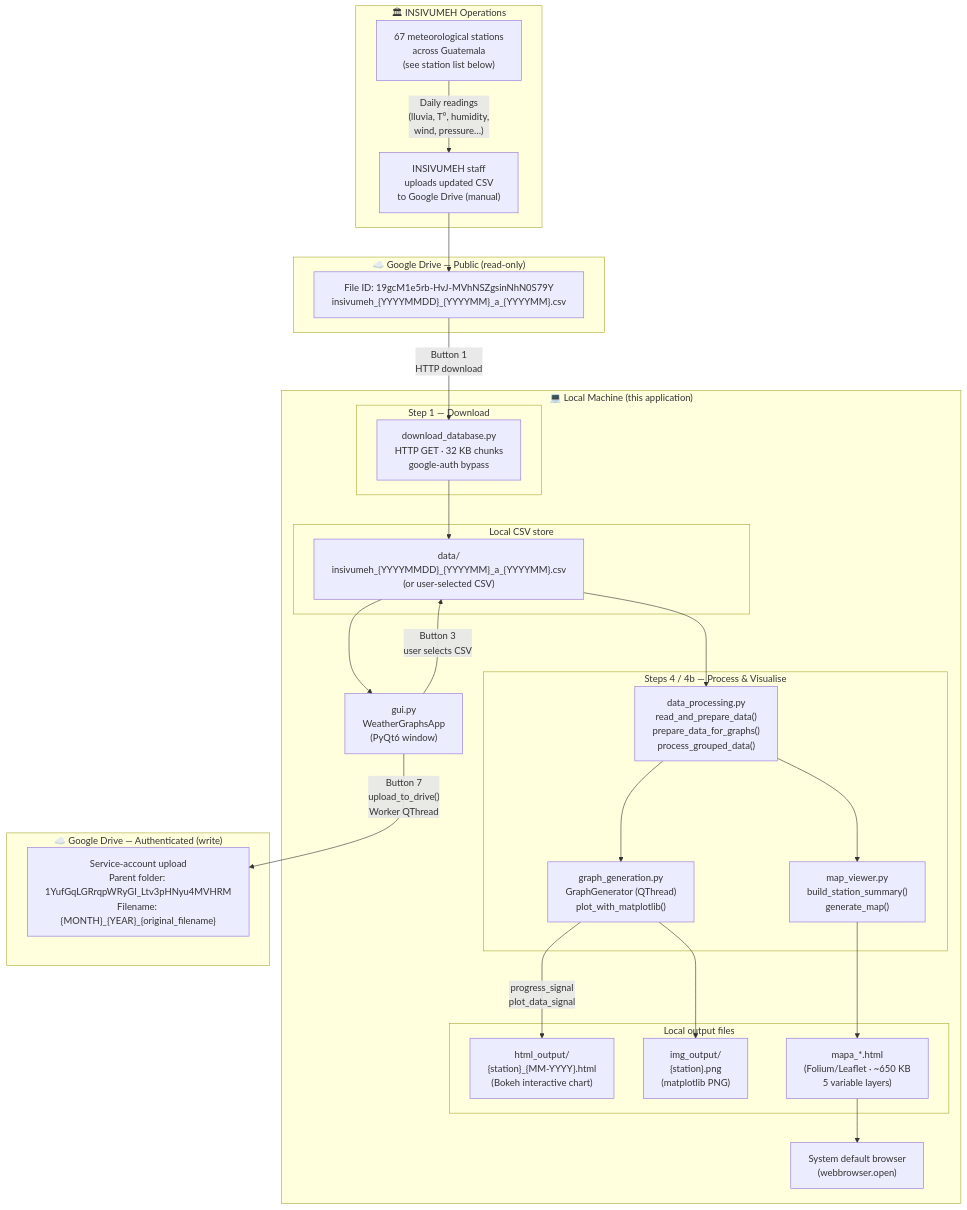
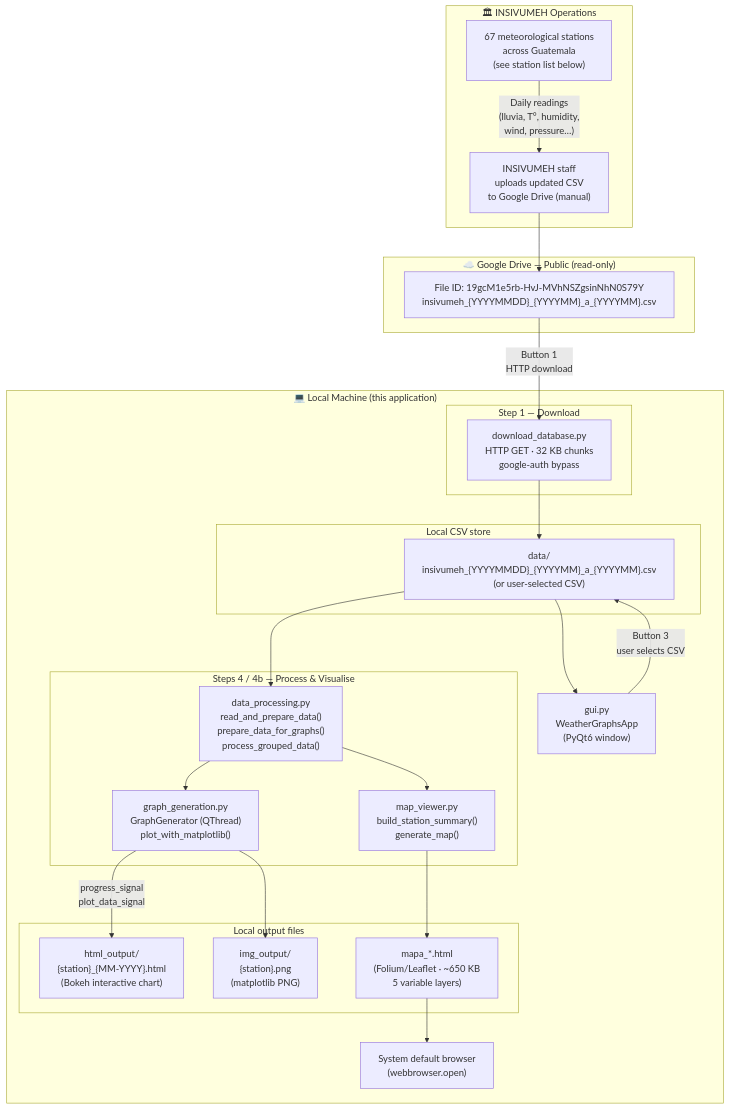
Before and after one commit to EdwinKestler/graph_generator_monthly: the diagram in readme.md, drawn with Mermaid. The commit also changed other lines of this file, not shown here.

First line of the commit message:
docs: remove upload feature from readme; archive upload_database.py references

````diff
--- a/readme.md
+++ b/readme.md
@@ -724,56 +691,51 @@
 ```mermaid
 flowchart TD
     subgraph CLOUD_IN["☁️  Google Drive — Public (read-only)"]
         GD_PUB["File ID: 19gcM1e5rb-HvJ-MVhNSZgsinNhN0S79Y\ninsivumeh_{YYYYMMDD}_{YYYYMM}_a_{YYYYMM}.csv"]
     end
 
     subgraph INSIVUMEH_OPS["🏛  INSIVUMEH Operations"]
         STATIONS["67 meteorological stations\nacross Guatemala\n(see station list below)"]
         INSIVUMEH_UPLOAD["INSIVUMEH staff\nuploads updated CSV\nto Google Drive (manual)"]
         STATIONS -->|"Daily readings\n(lluvia, T°, humidity,\nwind, pressure…)"| INSIVUMEH_UPLOAD
         INSIVUMEH_UPLOAD --> GD_PUB
     end
 
     subgraph LOCAL["💻  Local Machine (this application)"]
         GUI["gui.py\nWeatherGraphsApp\n(PyQt6 window)"]
 
         subgraph DOWNLOAD["Step 1 — Download"]
             DL["download_database.py\nHTTP GET · 32 KB chunks\ngoogle-auth bypass"]
         end
 
         subgraph CSV_LOCAL["Local CSV store"]
             CSV["data/\ninsivumeh_{YYYYMMDD}_{YYYYMM}_a_{YYYYMM}.csv\n(or user-selected CSV)"]
         end
 
         subgraph PROCESSING["Steps 4 / 4b — Process & Visualise"]
             DP["data_processing.py\nread_and_prepare_data()\nprepare_data_for_graphs()\nprocess_grouped_data()"]
             GG["graph_generation.py\nGraphGenerator (QThread)\nplot_with_matplotlib()"]
             MV["map_viewer.py\nbuild_station_summary()\ngenerate_map()"]
         end
 
         subgraph OUTPUTS["Local output files"]
             HTML_OUT["html_output/\n{station}_{MM-YYYY}.html\n(Bokeh interactive chart)"]
             PNG_OUT["img_output/\n{station}.png\n(matplotlib PNG)"]
             MAP_OUT["mapa_*.html\n(Folium/Leaflet · ~650 KB\n5 variable layers)"]
         end
 
         BROWSER["System default browser\n(webbrowser.open)"]
     end
 
-    subgraph CLOUD_OUT["☁️  Google Drive — Authenticated (write)"]
-        GD_AUTH["Service-account upload\nParent folder: 1YufGqLGRrqpWRyGI_Ltv3pHNyu4MVHRM\nFilename: {MONTH}_{YEAR}_{original_filename}"]
-    end
-
     GD_PUB -->|"Button 1\nHTTP download"| DL
     DL --> CSV
     CSV --> GUI
     GUI -->|"Button 3\nuser selects CSV"| CSV
     CSV --> DP
     DP --> GG
     DP --> MV
     GG -->|"progress_signal\nplot_data_signal"| HTML_OUT
     GG --> PNG_OUT
     MV --> MAP_OUT
     MAP_OUT --> BROWSER
-    GUI -->|"Button 7\nupload_to_drive()\nWorker QThread"| GD_AUTH
 ```
````
